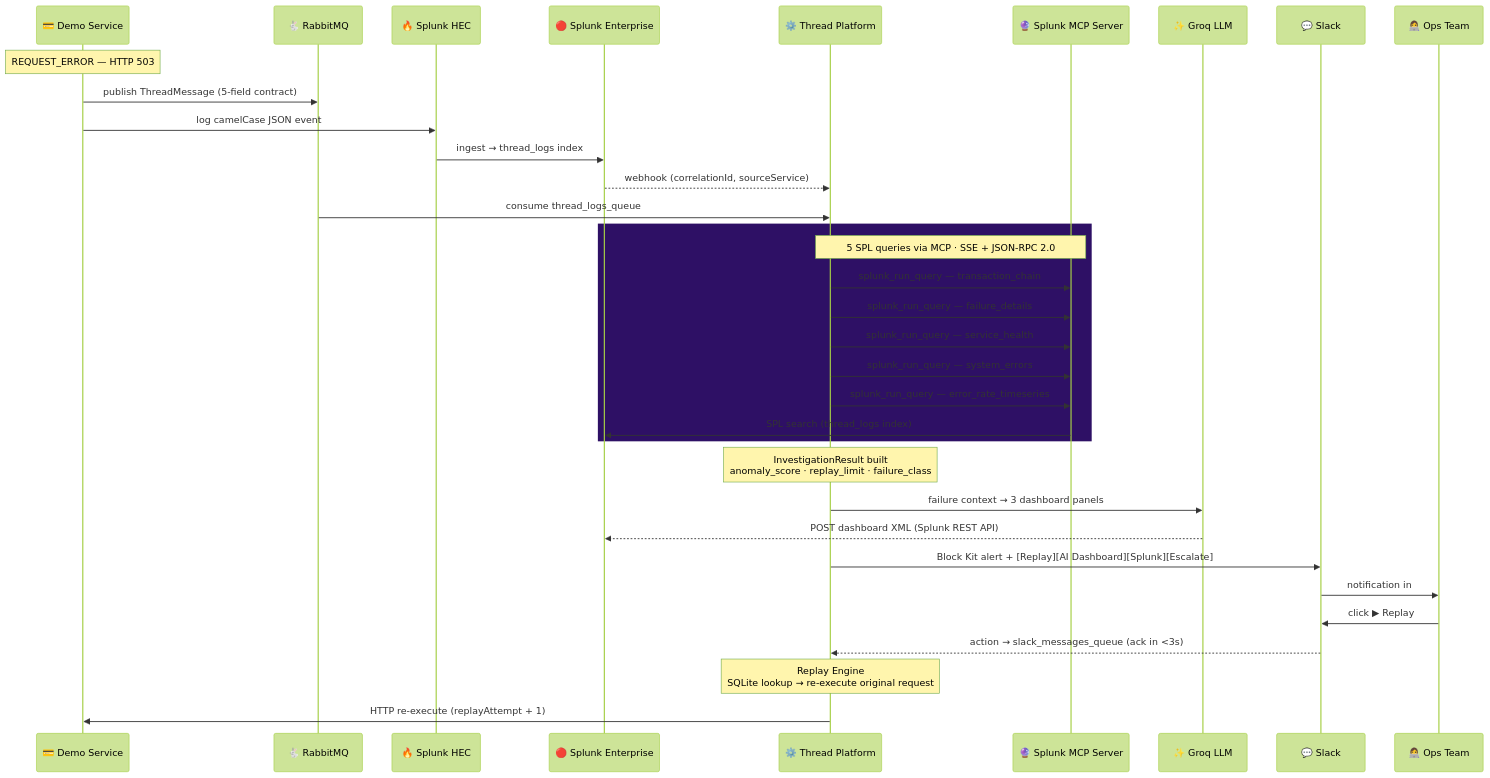
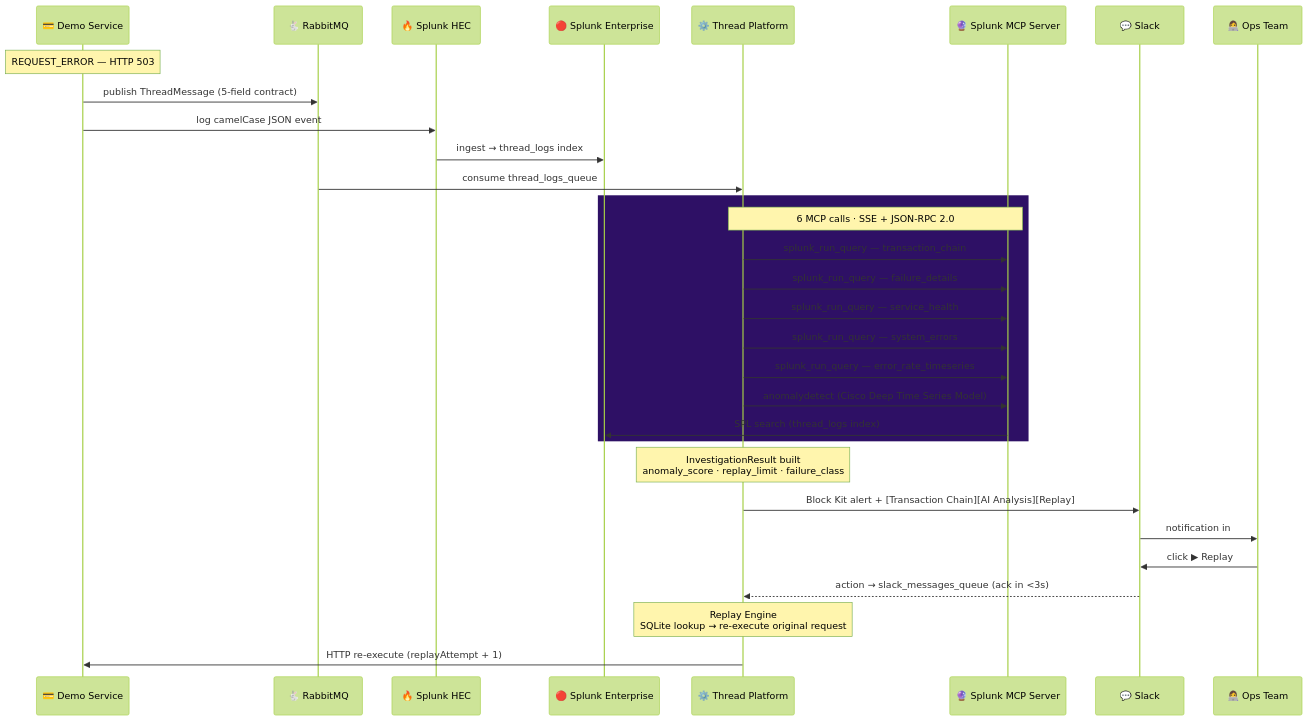
The second of 2 diagrams in README.md (bhavanichandra/thread), drawn with Mermaid (forest theme) before and after one commit. The commit also changed other lines of this file and 3 other files, not shown here.

````diff
--- a/README.md
+++ b/README.md
@@ -79,40 +78,37 @@
 ```mermaid
 sequenceDiagram
     participant SVC as 💳 Demo Service
     participant RMQ as 🐇 RabbitMQ
     participant HEC as 🔥 Splunk HEC
     participant SE as 🔴 Splunk Enterprise
     participant TP as ⚙️ Thread Platform
     participant MCP as 🔮 Splunk MCP Server
-    participant GROQ as ✨ Groq LLM
     participant SLK as 💬 Slack
     participant OPS as 👩‍💻 Ops Team
 
     Note over SVC: REQUEST_ERROR — HTTP 503
     SVC->>RMQ: publish ThreadMessage (5-field contract)
     SVC->>HEC: log camelCase JSON event
     HEC->>SE: ingest → thread_logs index
-    SE-->>TP: webhook (correlationId, sourceService)
     RMQ->>TP: consume thread_logs_queue
 
     rect rgb(46, 16, 101)
-        Note over TP,MCP: 5 SPL queries via MCP · SSE + JSON-RPC 2.0
+        Note over TP,MCP: 6 MCP calls · SSE + JSON-RPC 2.0
         TP->>MCP: splunk_run_query — transaction_chain
         TP->>MCP: splunk_run_query — failure_details
         TP->>MCP: splunk_run_query — service_health
         TP->>MCP: splunk_run_query — system_errors
         TP->>MCP: splunk_run_query — error_rate_timeseries
+        TP->>MCP: anomalydetect (Cisco Deep Time Series Model)
         MCP->>SE: SPL search (thread_logs index)
     end
 
     Note over TP: InvestigationResult built<br/>anomaly_score · replay_limit · failure_class
 
-    TP->>GROQ: failure context → 3 dashboard panels
-    GROQ-->>SE: POST dashboard XML (Splunk REST API)
-    TP->>SLK: Block Kit alert + [Replay][AI Dashboard][Splunk][Escalate]
+    TP->>SLK: Block Kit alert + [Transaction Chain][AI Analysis][Replay]
     SLK->>OPS: notification in #thread-alerts
     OPS->>SLK: click ▶ Replay
     SLK-->>TP: action → slack_messages_queue (ack in <3s)
     Note over TP: Replay Engine<br/>SQLite lookup → re-execute original request
     TP->>SVC: HTTP re-execute (replayAttempt + 1)
 ```
````
